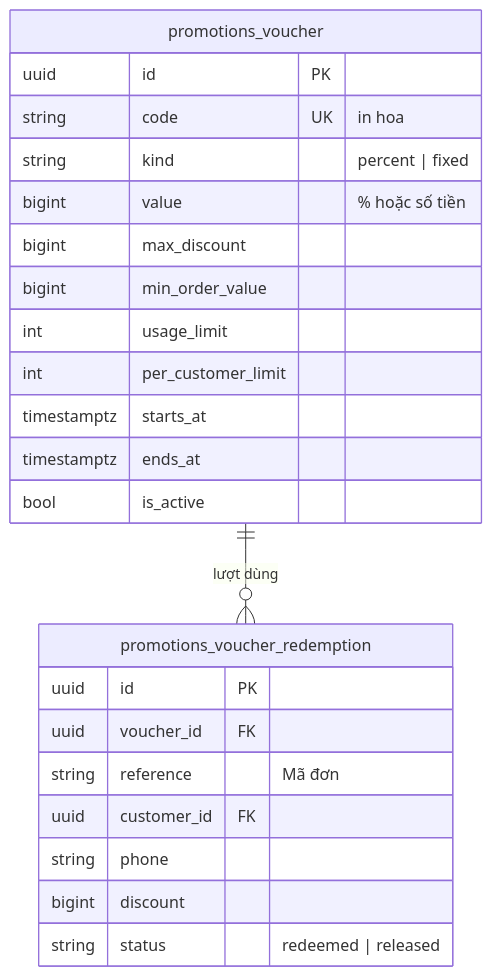
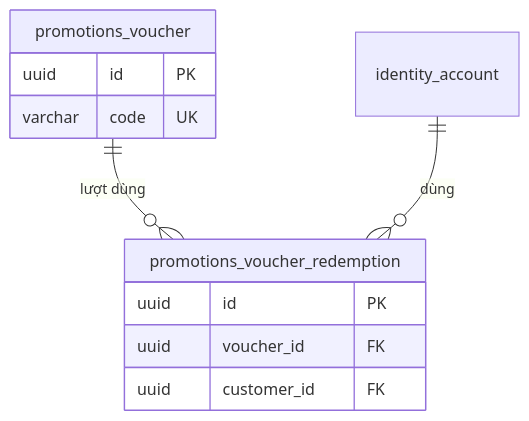
The sixth of 10 diagrams in docs/architecture/03-data-model.md (LuongCongThanh/boilerplate-ecommerce-next-16), drawn with Mermaid before and after one commit. The commit also changed other lines of this file and 21 other files, not shown here.

````diff
--- a/docs/architecture/03-data-model.md
+++ b/docs/architecture/03-data-model.md
@@ -321,26 +695,14 @@
 ```mermaid
 erDiagram
     promotions_voucher ||--o{ promotions_voucher_redemption : "lượt dùng"
+    identity_account ||--o{ promotions_voucher_redemption : "dùng"
     promotions_voucher {
         uuid id PK
-        string code UK "in hoa"
-        string kind "percent | fixed"
-        bigint value "% hoặc số tiền"
-        bigint max_discount
-        bigint min_order_value
-        int usage_limit
-        int per_customer_limit
-        timestamptz starts_at
-        timestamptz ends_at
-        bool is_active
+        varchar code UK
     }
     promotions_voucher_redemption {
         uuid id PK
         uuid voucher_id FK
-        string reference "Mã đơn"
         uuid customer_id FK
-        string phone
-        bigint discount
-        string status "redeemed | released"
     }
 ```
````
